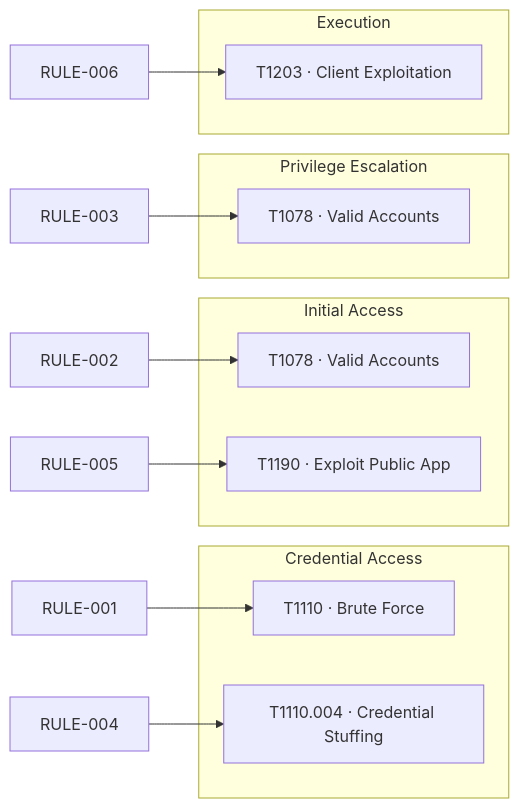
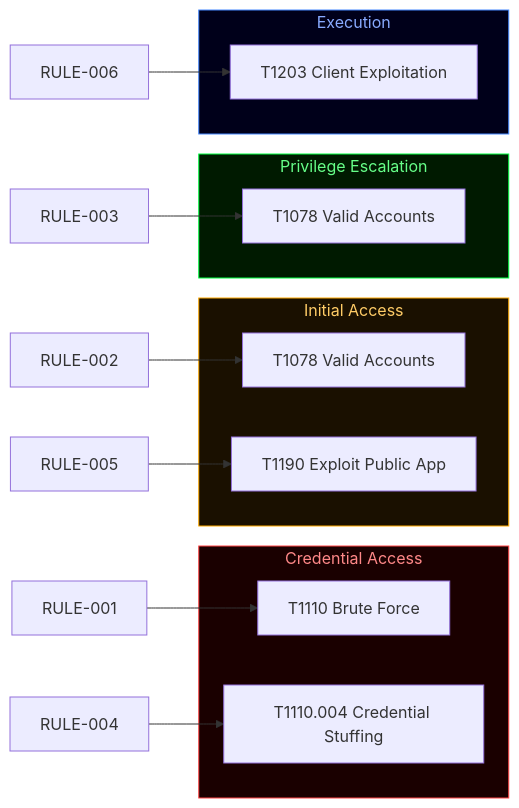
One commit to Speed-boo3/soc-project changed the second of 4 diagrams in README.md. Above: the diagram before and after it, drawn with Mermaid. The commit also changed other lines of this file, not shown here.

Commit message:
Rewrite README: animated header, colored diagrams, no AI symbols

````diff
--- a/README.md
+++ b/README.md
@@ -63,24 +78,29 @@
 ```mermaid
 flowchart LR
     subgraph CA[Credential Access]
-        T1110[T1110 · Brute Force]
-        T1110b[T1110.004 · Credential Stuffing]
+        T1110[T1110 Brute Force]
+        T1110b[T1110.004 Credential Stuffing]
     end
     subgraph IA[Initial Access]
-        T1078[T1078 · Valid Accounts]
-        T1190[T1190 · Exploit Public App]
+        T1078[T1078 Valid Accounts]
+        T1190[T1190 Exploit Public App]
     end
     subgraph PE[Privilege Escalation]
-        T1078b[T1078 · Valid Accounts]
+        T1078b[T1078 Valid Accounts]
     end
     subgraph EX[Execution]
-        T1203[T1203 · Client Exploitation]
+        T1203[T1203 Client Exploitation]
     end
 
-    RULE001[RULE-001] --> T1110
-    RULE004[RULE-004] --> T1110b
-    RULE002[RULE-002] --> T1078
-    RULE005[RULE-005] --> T1190
-    RULE003[RULE-003] --> T1078b
-    RULE006[RULE-006] --> T1203
+    R1[RULE-001] --> T1110
+    R4[RULE-004] --> T1110b
+    R2[RULE-002] --> T1078
+    R5[RULE-005] --> T1190
+    R3[RULE-003] --> T1078b
+    R6[RULE-006] --> T1203
+
+    style CA fill:#1a0000,stroke:#ff4444,color:#ff8888
+    style IA fill:#1a1000,stroke:#ffaa00,color:#ffcc66
+    style PE fill:#001a00,stroke:#00ff41,color:#66ff88
+    style EX fill:#00001a,stroke:#4488ff,color:#88aaff
 ```
````
